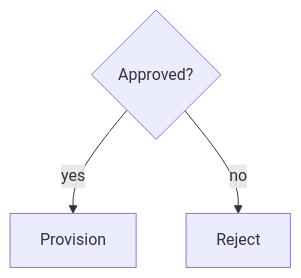
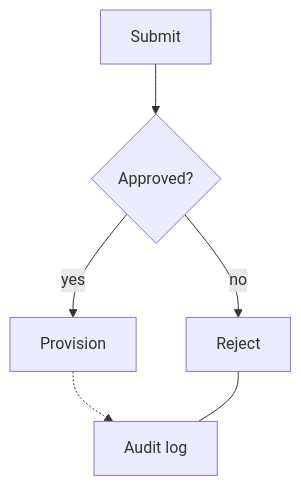
Before and after one commit to kymostudio/kymostudio: the fourth of 7 diagrams in packages/docs/content/diagrams/flowchart.md, drawn with Mermaid. The commit also changed other lines of this file and 9 other files, not shown here.

````diff
--- a/packages/docs/content/diagrams/flowchart.md
+++ b/packages/docs/content/diagrams/flowchart.md
@@ -107,5 +99,8 @@
 ```mermaid
 flowchart TD
-    B{Approved?} -->|yes| C[Provision]
+    A[Submit] --> B{Approved?}
+    B -->|yes| C[Provision]
     B -- no --> D[Reject]
+    C -.-> E[Audit log]
+    D --- E
 ```
````
